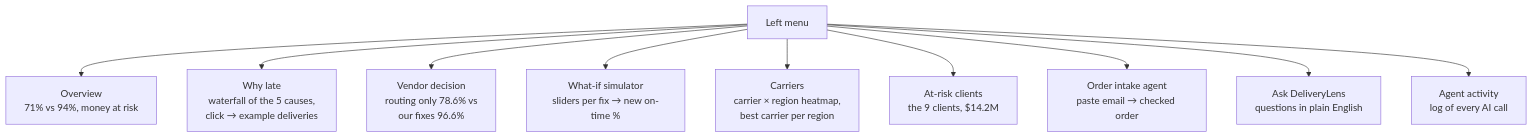
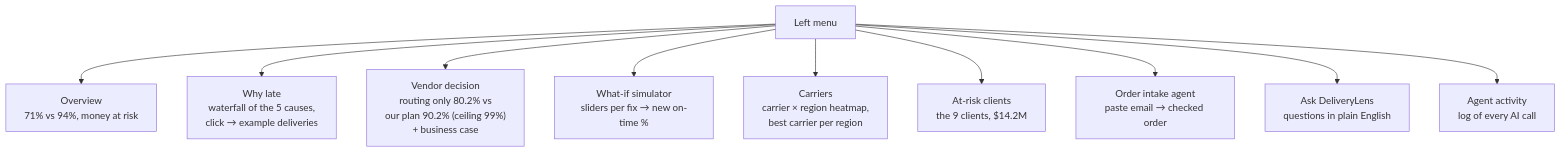
One commit to saimuthiki/halcyon-deliverylens changed the eighth of 9 diagrams in docs/04-solution-and-architecture.md. Above: the diagram before and after it, drawn with Mermaid. The commit also changed other lines of this file and 5 other files, not shown here.

First line of the commit message:
Docs: corrected findings - Carrier D everywhere, realistic 90.2% vs 99.0% ceiling, business case

````diff
--- a/docs/04-solution-and-architecture.md
+++ b/docs/04-solution-and-architecture.md
@@ -235,12 +235,12 @@
 ```mermaid
 flowchart TB
   NAV["Left menu"] --> S1["Overview<br/>71% vs 94%, money at risk"]
   NAV --> S2["Why late<br/>waterfall of the 5 causes,<br/>click → example deliveries"]
-  NAV --> S3["Vendor decision<br/>routing only 78.6% vs<br/>our fixes 96.6%"]
+  NAV --> S3["Vendor decision<br/>routing only 80.2% vs<br/>our plan 90.2% (ceiling 99%)<br/>+ business case"]
   NAV --> S4["What-if simulator<br/>sliders per fix → new on-time %"]
   NAV --> S5["Carriers<br/>carrier × region heatmap,<br/>best carrier per region"]
   NAV --> S6["At-risk clients<br/>the 9 clients, $14.2M"]
   NAV --> S7["Order intake agent<br/>paste email → checked order"]
   NAV --> S8["Ask DeliveryLens<br/>questions in plain English"]
   NAV --> S9["Agent activity<br/>log of every AI call"]
 ```
````
